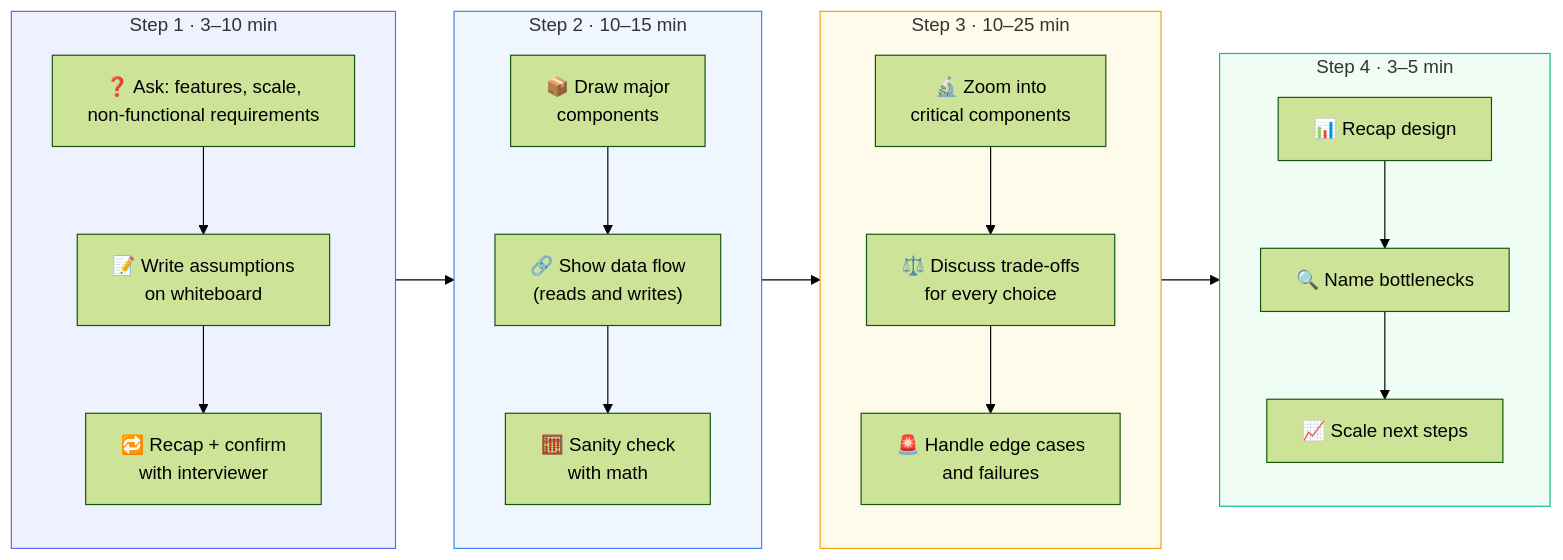
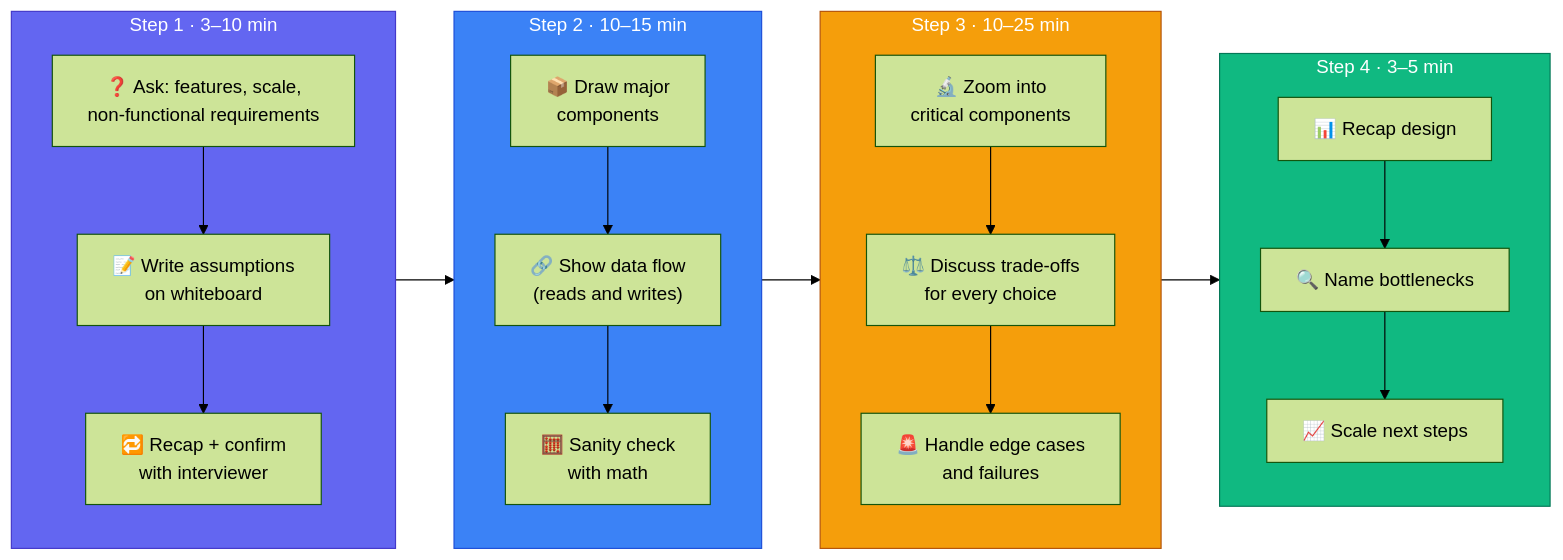
Before and after one commit to devops-monk/system-design-blog: diagram 18 of 18 in content/posts/2026/framework-for-system-design-interviews.md, drawn with Mermaid (forest theme). The commit also changed other lines of this file and 5 other files, not shown here.

````diff
--- a/content/posts/2026/framework-for-system-design-interviews.md
+++ b/content/posts/2026/framework-for-system-design-interviews.md
@@ -744,37 +744,37 @@
 ```mermaid
 flowchart LR
     subgraph STEP1["Step 1 · 3–10 min"]
         A1["❓ Ask: features, scale,\nnon-functional requirements"]
         A2["📝 Write assumptions\non whiteboard"]
         A3["🔁 Recap + confirm\nwith interviewer"]
         A1 --> A2 --> A3
     end
 
     subgraph STEP2["Step 2 · 10–15 min"]
         B1["📦 Draw major\ncomponents"]
         B2["🔗 Show data flow\n(reads and writes)"]
         B3["🧮 Sanity check\nwith math"]
         B1 --> B2 --> B3
     end
 
     subgraph STEP3["Step 3 · 10–25 min"]
         C1["🔬 Zoom into\ncritical components"]
         C2["⚖️ Discuss trade-offs\nfor every choice"]
         C3["🚨 Handle edge cases\nand failures"]
         C1 --> C2 --> C3
     end
 
     subgraph STEP4["Step 4 · 3–5 min"]
         D1["📊 Recap design"]
         D2["🔍 Name bottlenecks"]
         D3["📈 Scale next steps"]
         D1 --> D2 --> D3
     end
 
     STEP1 --> STEP2 --> STEP3 --> STEP4
 
-    style STEP1 fill:#EEF2FF,stroke:#6366F1
-    style STEP2 fill:#EFF6FF,stroke:#3B82F6
-    style STEP3 fill:#FFFBEB,stroke:#F59E0B
-    style STEP4 fill:#F0FDF4,stroke:#10B981
+    style STEP1 fill:#6366F1,stroke:#4338CA,color:#fff
+    style STEP2 fill:#3B82F6,stroke:#1D4ED8,color:#fff
+    style STEP3 fill:#F59E0B,stroke:#B45309,color:#fff
+    style STEP4 fill:#10B981,stroke:#047857,color:#fff
 ```
````
